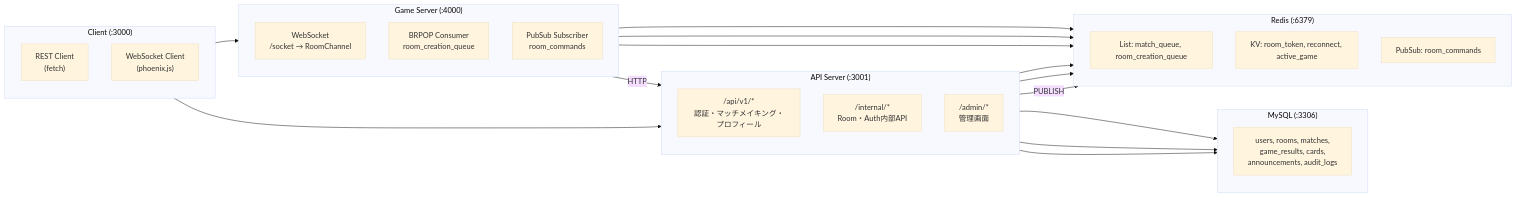
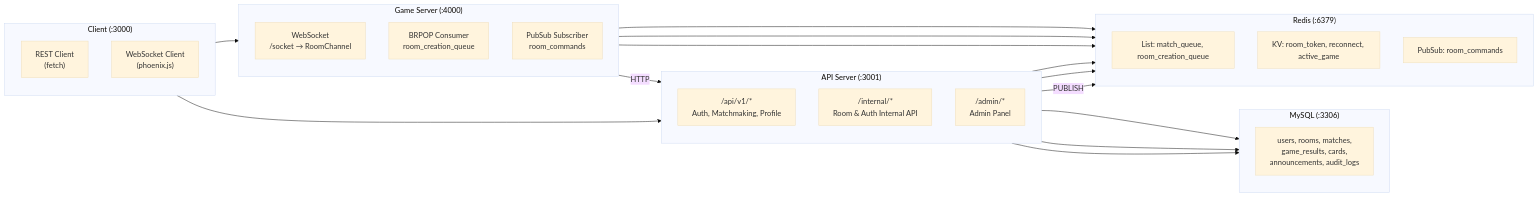
One commit to naokirin/room-based-multiplayer-poc changed the second of 4 diagrams in docs/architecture.md. Above: the diagram before and after it, drawn with Mermaid (base theme). The commit also changed other lines of this file and 3 other files, not shown here.

````diff
--- a/docs/architecture.md
+++ b/docs/architecture.md
@@ -33,49 +33,49 @@
 ```mermaid
 flowchart LR
     subgraph Client ["Client (:3000)"]
         direction TB
         C_REST["REST Client<br/>(fetch)"]
         C_WS["WebSocket Client<br/>(phoenix.js)"]
     end
 
     subgraph API ["API Server (:3001)"]
         direction TB
-        A_PUBLIC["/api/v1/*<br/>認証・マッチメイキング・プロフィール"]
-        A_INTERNAL["/internal/*<br/>Room・Auth内部API"]
-        A_ADMIN["/admin/*<br/>管理画面"]
+        A_PUBLIC["/api/v1/*<br/>Auth, Matchmaking, Profile"]
+        A_INTERNAL["/internal/*<br/>Room & Auth Internal API"]
+        A_ADMIN["/admin/*<br/>Admin Panel"]
     end
 
     subgraph Game ["Game Server (:4000)"]
         direction TB
         G_WS["WebSocket<br/>/socket → RoomChannel"]
         G_BRPOP["BRPOP Consumer<br/>room_creation_queue"]
         G_PUBSUB["PubSub Subscriber<br/>room_commands"]
     end
 
     subgraph Redis ["Redis (:6379)"]
         direction TB
         R_QUEUE["List: match_queue, room_creation_queue"]
         R_KV["KV: room_token, reconnect, active_game"]
         R_PS["PubSub: room_commands"]
     end
 
     subgraph MySQL ["MySQL (:3306)"]
         direction TB
         DB["users, rooms, matches,<br/>game_results, cards,<br/>announcements, audit_logs"]
     end
 
     C_REST --> A_PUBLIC
     C_WS --> G_WS
 
     A_PUBLIC --> R_QUEUE
     A_PUBLIC --> R_KV
     A_PUBLIC --> DB
     A_ADMIN --> DB
 
     G_WS --> R_KV
     G_BRPOP --> R_QUEUE
     G_PUBSUB --> R_PS
     Game -- "HTTP" --> A_INTERNAL
     A_INTERNAL --> DB
     A_ADMIN -- "PUBLISH" --> R_PS
 ```
````
